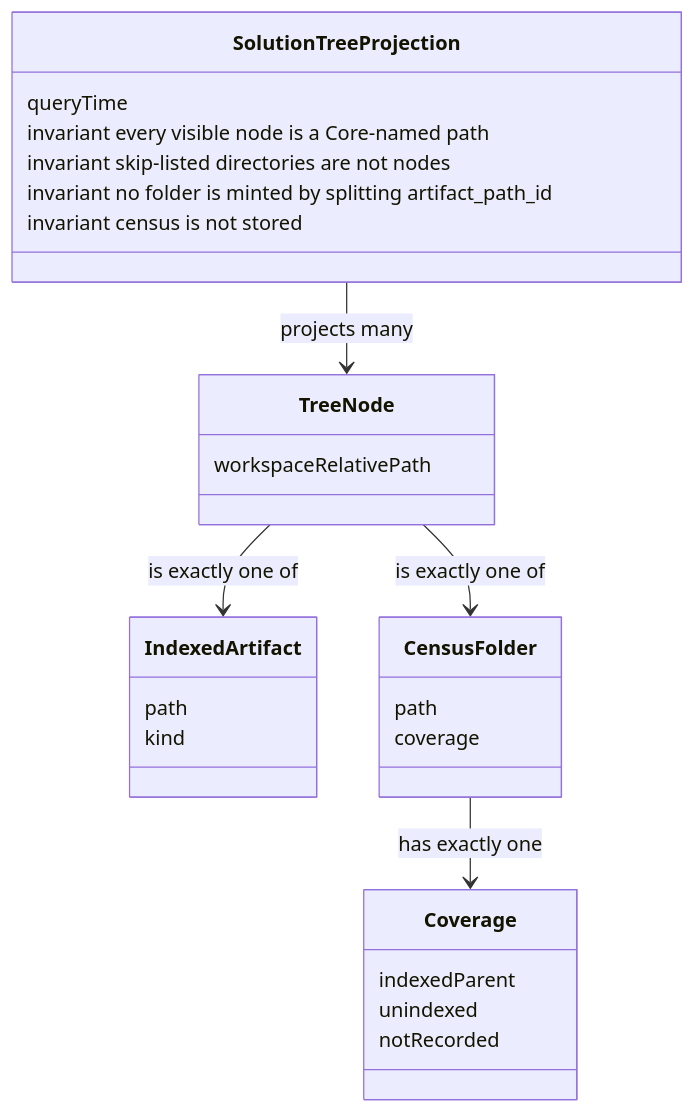
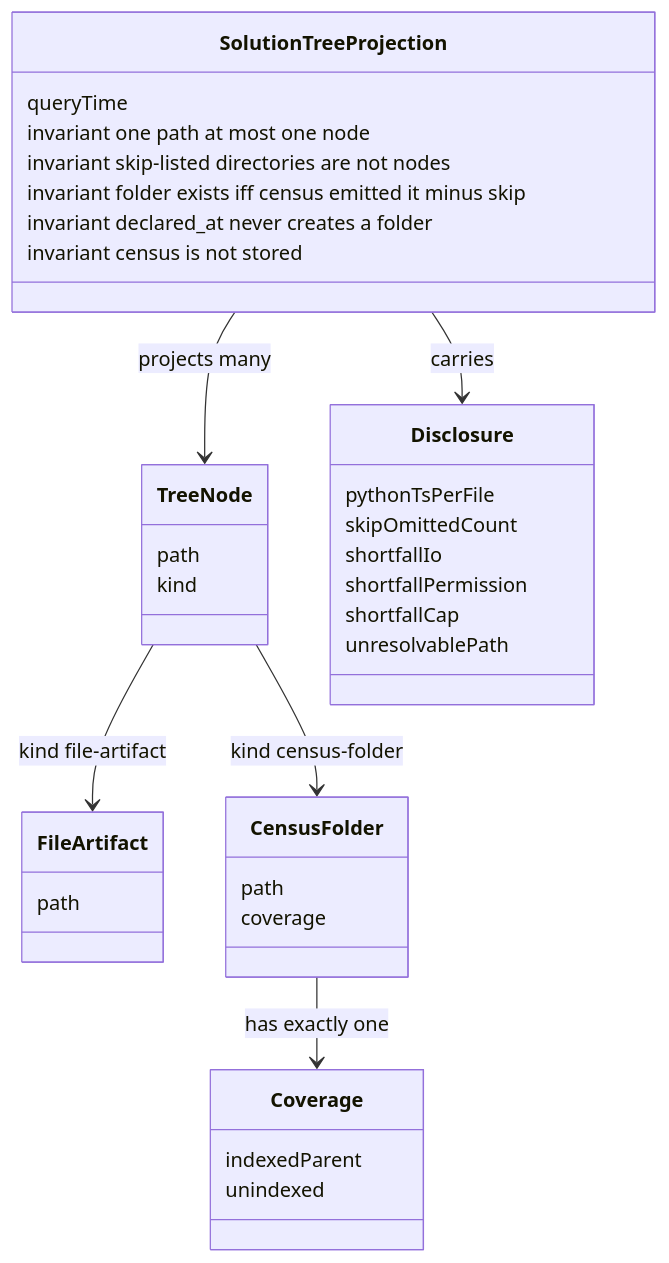
One commit to timianmalloo/ai-de changed the first of 2 diagrams in docs/specs/understanding-views.md. Above: the diagram before and after it, drawn with Mermaid. The commit also changed other lines of this file and 3 other files, not shown here.

````diff
--- a/docs/specs/understanding-views.md
+++ b/docs/specs/understanding-views.md
@@ -167,30 +190,39 @@
 ```mermaid
 classDiagram
   class SolutionTreeProjection {
     queryTime
-    invariant every visible node is a Core-named path
+    invariant one path at most one node
     invariant skip-listed directories are not nodes
-    invariant no folder is minted by splitting artifact_path_id
+    invariant folder exists iff census emitted it minus skip
+    invariant declared_at never creates a folder
     invariant census is not stored
   }
   class TreeNode {
-    workspaceRelativePath
-  }
-  class IndexedArtifact {
     path
     kind
+  }
+  class FileArtifact {
+    path
   }
   class CensusFolder {
     path
     coverage
   }
   class Coverage {
     indexedParent
     unindexed
-    notRecorded
+  }
+  class Disclosure {
+    pythonTsPerFile
+    skipOmittedCount
+    shortfallIo
+    shortfallPermission
+    shortfallCap
+    unresolvablePath
   }
   SolutionTreeProjection --> TreeNode : projects many
-  TreeNode --> IndexedArtifact : is exactly one of
-  TreeNode --> CensusFolder : is exactly one of
+  SolutionTreeProjection --> Disclosure : carries
+  TreeNode --> FileArtifact : kind file-artifact
+  TreeNode --> CensusFolder : kind census-folder
   CensusFolder --> Coverage : has exactly one
 ```
````
